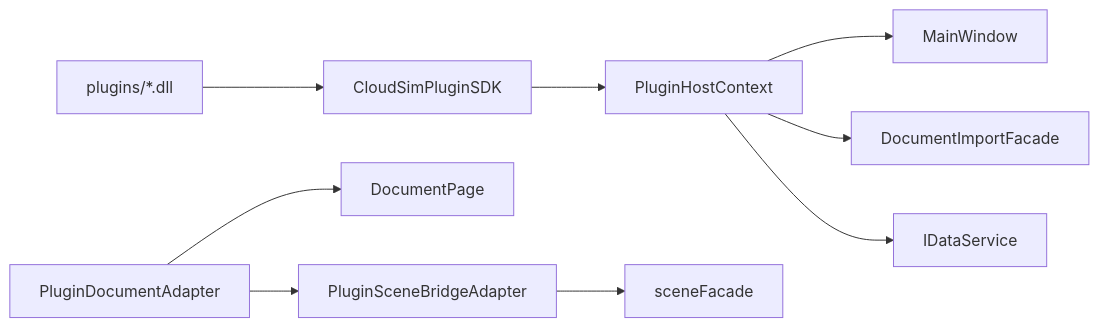
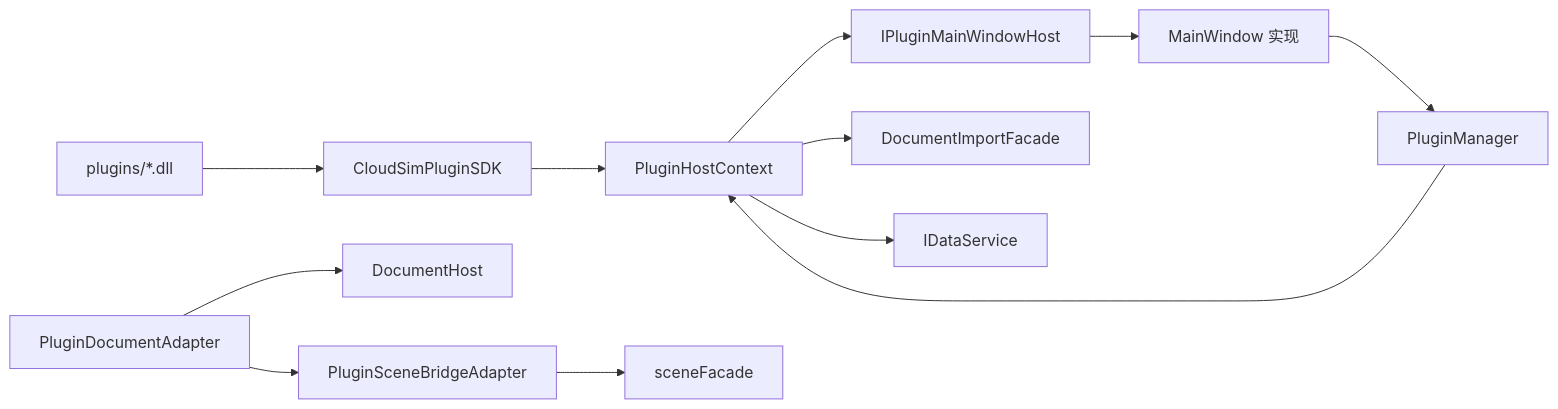
One commit to sanmunejdn/CloudSim changed the diagram in src/UI/CloudSimPluginHost/DEVELOPER_GUIDE.md. Above: the diagram before and after it, drawn with Mermaid. The commit also changed other lines of this file and 111 other files, not shown here.

````diff
--- a/src/UI/CloudSimPluginHost/DEVELOPER_GUIDE.md
+++ b/src/UI/CloudSimPluginHost/DEVELOPER_GUIDE.md
@@ -13,11 +14,14 @@
 ```mermaid
 flowchart LR
   PLG[plugins/*.dll] --> SDK[CloudSimPluginSDK]
   SDK --> CTX[PluginHostContext]
-  CTX --> MW[MainWindow]
+  CTX --> IF[IPluginMainWindowHost]
+  IF --> MW[MainWindow 实现]
   CTX --> Facade[DocumentImportFacade]
   CTX --> Data[IDataService]
-  ADP[PluginDocumentAdapter] --> DP[DocumentPage]
+  ADP[PluginDocumentAdapter] --> DH[DocumentHost]
   ADP --> Bridge[PluginSceneBridgeAdapter]
   Bridge --> SF[sceneFacade]
+  PM[PluginManager] --> CTX
+  MW --> PM
 ```
````
